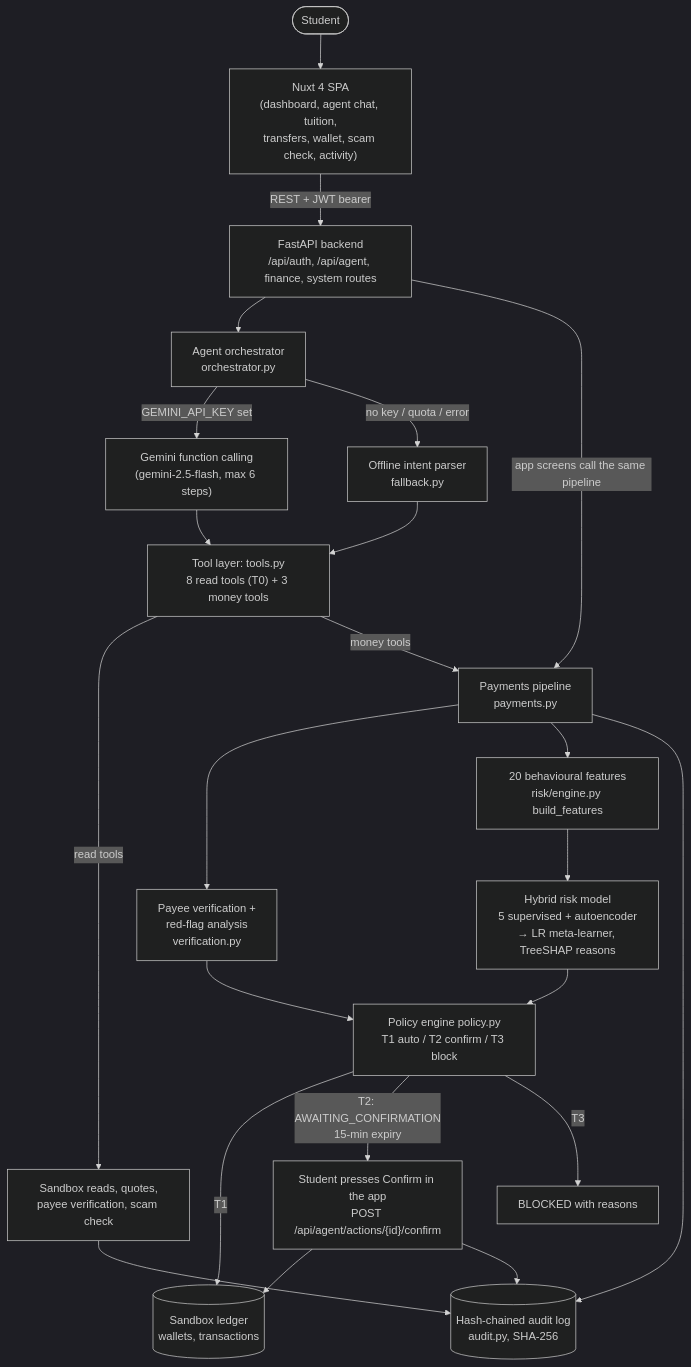
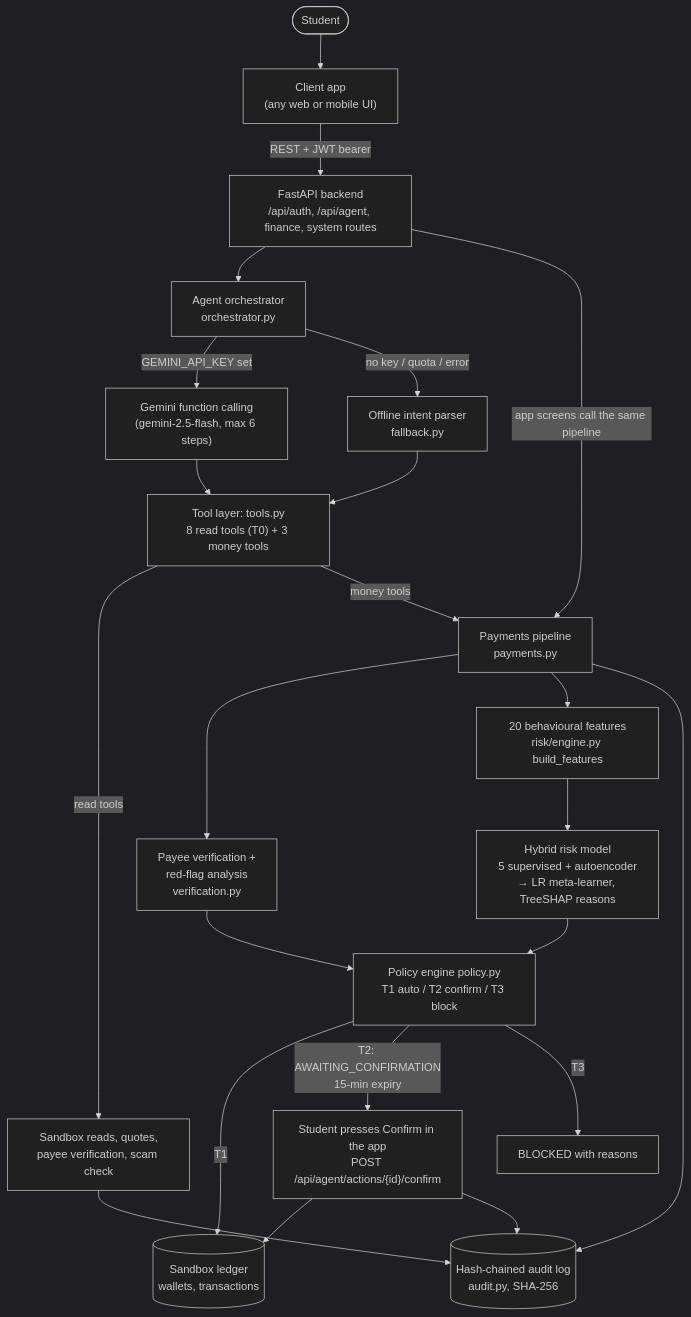
One commit to Kiyas-Mahmud/MoneyMate-Agent changed the diagram in docs/TECHNICAL_DOCUMENTATION.md. Above: the diagram before and after it, drawn with Mermaid (dark theme). The commit also changed other lines of this file and 2 other files, not shown here.

First line of the commit message:
Docs: describe a generic client instead of a specific web UI

````diff
--- a/docs/TECHNICAL_DOCUMENTATION.md
+++ b/docs/TECHNICAL_DOCUMENTATION.md
@@ -44,30 +44,30 @@
 ```mermaid
 flowchart TD
-    S([Student]) --> UI["Nuxt 4 SPA<br/>(dashboard, agent chat, tuition,<br/>transfers, wallet, scam check, activity)"]
+    S([Student]) --> UI["Client app<br/>(any web or mobile UI)"]
     UI -- "REST + JWT bearer" --> API["FastAPI backend<br/>/api/auth, /api/agent, finance, system routes"]
 
     API --> ORCH["Agent orchestrator<br/>orchestrator.py"]
     ORCH -- "GEMINI_API_KEY set" --> GEM["Gemini function calling<br/>(gemini-2.5-flash, max 6 steps)"]
     ORCH -- "no key / quota / error" --> FB["Offline intent parser<br/>fallback.py"]
     GEM --> TOOLS["Tool layer: tools.py<br/>8 read tools (T0) + 3 money tools"]
     FB --> TOOLS
 
     API -- "app screens call the same pipeline" --> PAY
     TOOLS -- "read tools" --> READ["Sandbox reads, quotes,<br/>payee verification, scam check"]
     TOOLS -- "money tools" --> PAY["Payments pipeline<br/>payments.py"]
 
     PAY --> VER["Payee verification +<br/>red-flag analysis<br/>verification.py"]
     PAY --> FEAT["20 behavioural features<br/>risk/engine.py build_features"]
     FEAT --> RISK["Hybrid risk model<br/>5 supervised + autoencoder<br/>→ LR meta-learner, TreeSHAP reasons"]
     VER --> POL
     RISK --> POL["Policy engine policy.py<br/>T1 auto / T2 confirm / T3 block"]
 
     POL -- "T1" --> LEDGER[("Sandbox ledger<br/>wallets, transactions")]
     POL -- "T2: AWAITING_CONFIRMATION<br/>15-min expiry" --> CONF["Student presses Confirm in the app<br/>POST /api/agent/actions/{id}/confirm"]
     CONF --> LEDGER
     POL -- "T3" --> BLK["BLOCKED with reasons"]
 
     PAY --> AUD[("Hash-chained audit log<br/>audit.py, SHA-256")]
     CONF --> AUD
     READ --> AUD
 ```
````
